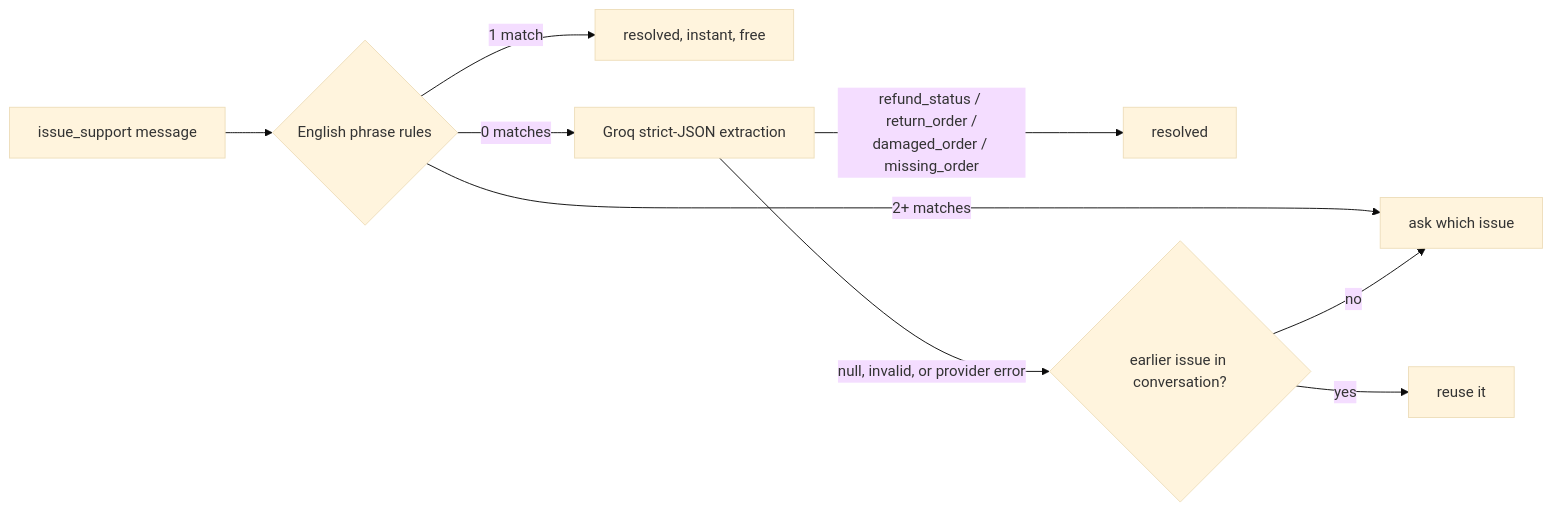
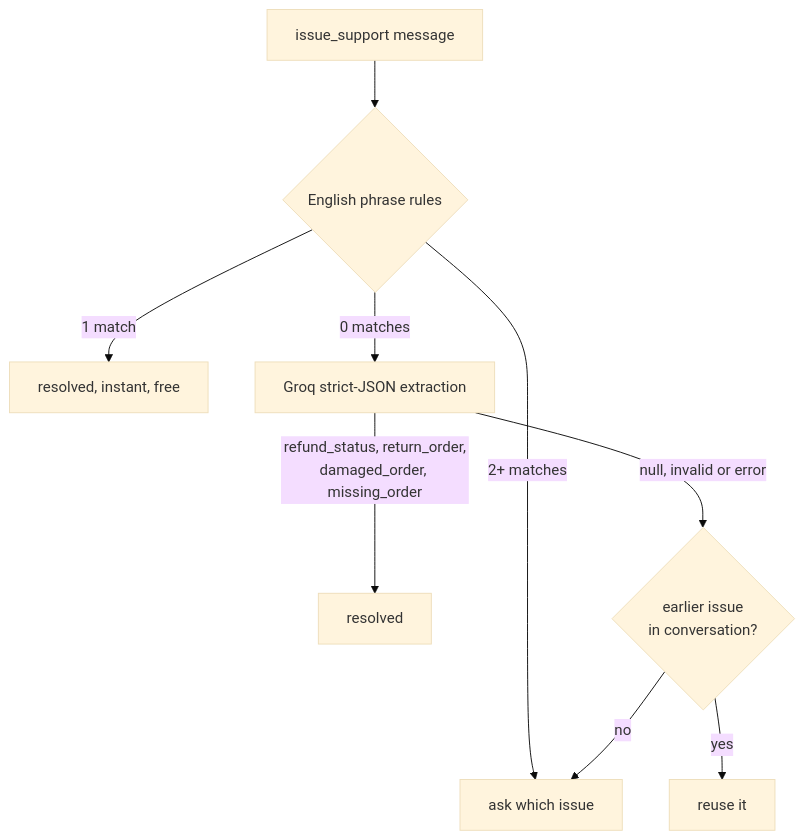
Diagram 14 of 38 in docs/ENHANCEMENT_REPORT.md (Anushka-v24/ecommerce-customer-support-assistant), drawn with Mermaid (base theme) before and after one commit. The commit also changed other lines of this file and 5 other files, not shown here.

````diff
--- a/docs/ENHANCEMENT_REPORT.md
+++ b/docs/ENHANCEMENT_REPORT.md
@@ -362,11 +621,11 @@
 ```mermaid
-flowchart LR
+flowchart TD
     Q[issue_support message] --> R{English phrase rules}
     R -->|1 match| OK[resolved, instant, free]
     R -->|2+ matches| CL[ask which issue]
     R -->|0 matches| L[Groq strict-JSON extraction]
-    L -->|refund_status / return_order /<br/>damaged_order / missing_order| OK2[resolved]
-    L -->|null, invalid, or provider error| CTX{earlier issue in conversation?}
+    L -->|refund_status, return_order,<br/>damaged_order, missing_order| OK2[resolved]
+    L -->|null, invalid or error| CTX{earlier issue<br/>in conversation?}
     CTX -->|yes| OK3[reuse it]
     CTX -->|no| CL
 ```
````
